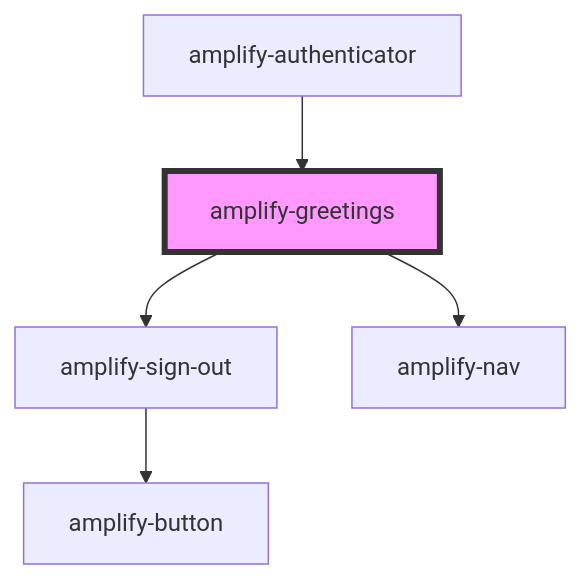
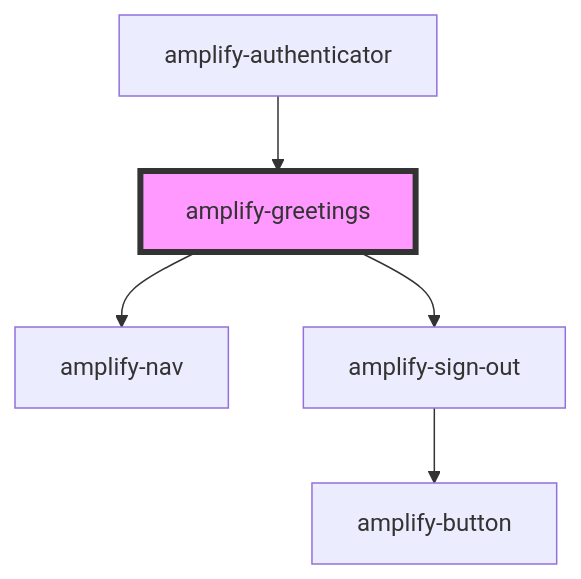
One commit to OneDev0411/amplify-js changed the diagram in packages/amplify-ui-components/src/components/amplify-greetings/readme.md. Above: the diagram before and after it, drawn with Mermaid. The commit also changed other lines of this file and 17 other files, not shown here.

````diff
--- a/packages/amplify-ui-components/src/components/amplify-greetings/readme.md
+++ b/packages/amplify-ui-components/src/components/amplify-greetings/readme.md
@@ -30,8 +30,8 @@
 ```mermaid
 graph TD;
+  amplify-greetings --> amplify-nav
   amplify-greetings --> amplify-sign-out
-  amplify-greetings --> amplify-nav
   amplify-sign-out --> amplify-button
   amplify-authenticator --> amplify-greetings
   style amplify-greetings fill:#f9f,stroke:#333,stroke-width:4px
 ```
````
